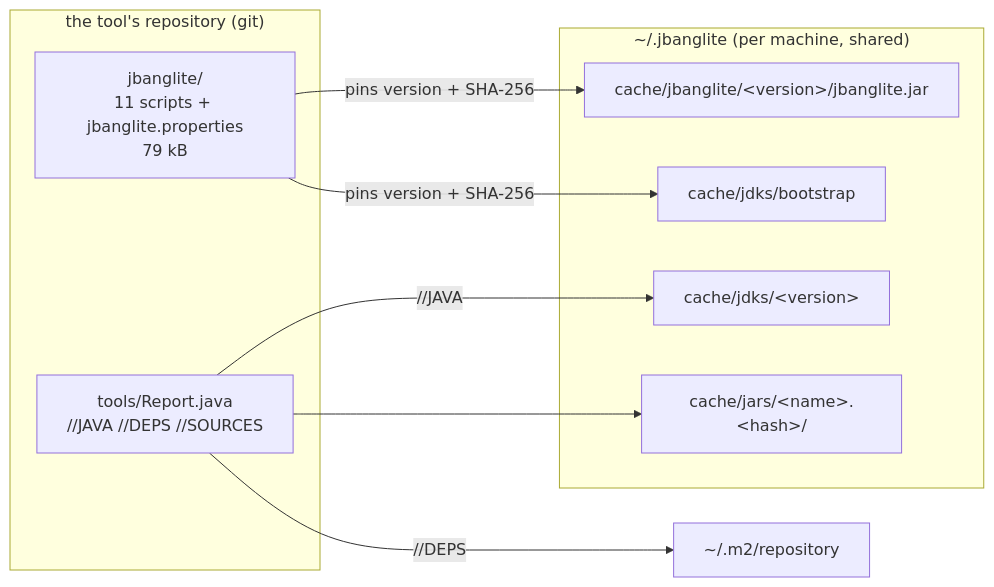
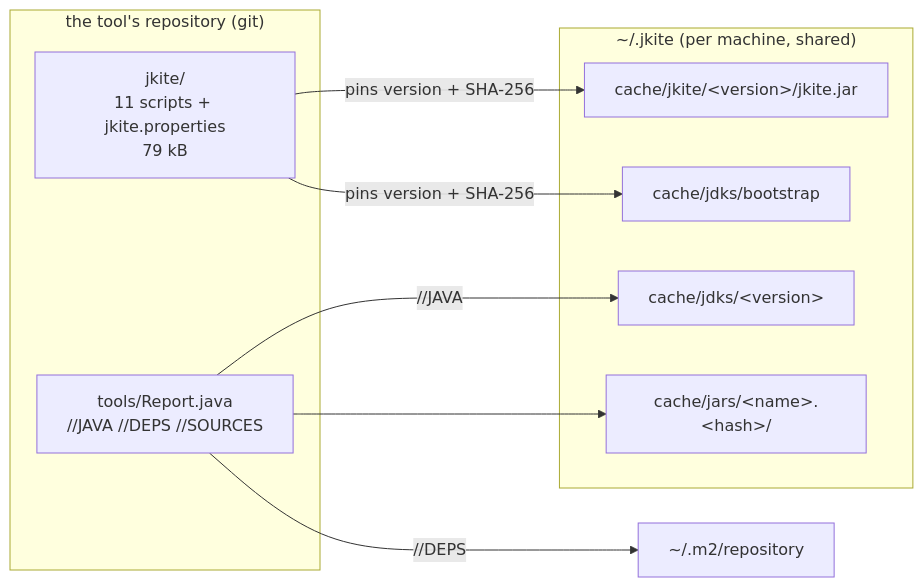
One commit to instreest/jbang changed the first of 3 diagrams in docs/ARCHITECTURE.md. Above: the diagram before and after it, drawn with Mermaid. The commit also changed other lines of this file and 56 other files, not shown here.

````diff
--- a/docs/ARCHITECTURE.md
+++ b/docs/ARCHITECTURE.md
@@ -12,19 +12,19 @@
 ```mermaid
 flowchart LR
   subgraph repo["the tool's repository (git)"]
-    L["jbanglite/<br/>11 scripts + jbanglite.properties<br/>79 kB"]
+    L["jkite/<br/>11 scripts + jkite.properties<br/>79 kB"]
     T["tools/Report.java<br/>//JAVA //DEPS //SOURCES"]
   end
-  subgraph machine["~/.jbanglite (per machine, shared)"]
-    J["cache/jbanglite/&lt;version&gt;/jbanglite.jar"]
+  subgraph machine["~/.jkite (per machine, shared)"]
+    J["cache/jkite/&lt;version&gt;/jkite.jar"]
     B["cache/jdks/bootstrap"]
     S["cache/jdks/&lt;version&gt;"]
     A["cache/jars/&lt;name&gt;.&lt;hash&gt;/"]
   end
   M["~/.m2/repository"]
   L -- "pins version + SHA-256" --> J
   L -- "pins version + SHA-256" --> B
   T --> A
   T -- "//DEPS" --> M
   T -- "//JAVA" --> S
 ```
````
